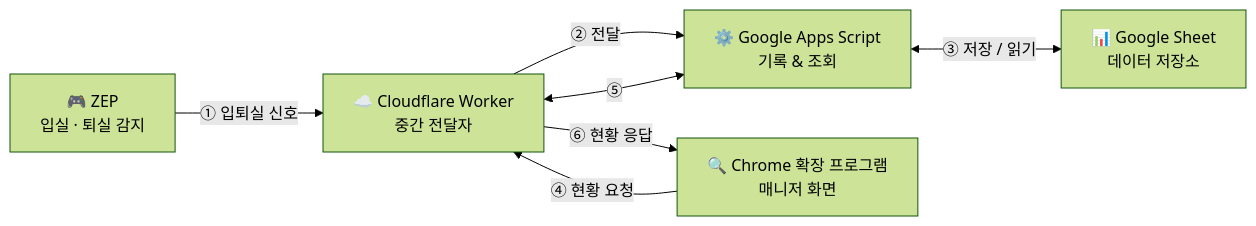
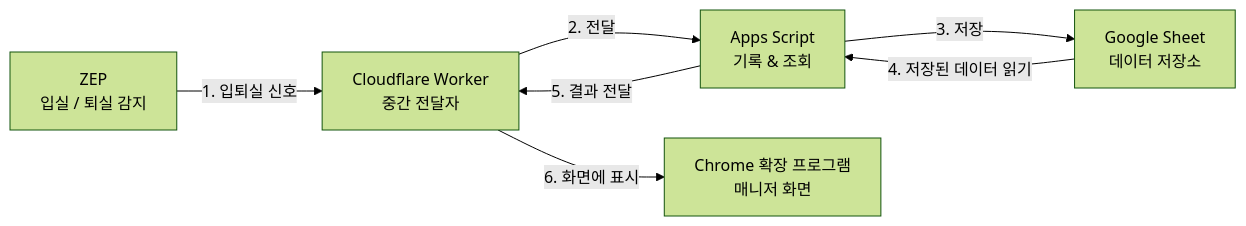
The diagram in README.md (Dongry-96/zep-tracking-extension), drawn with Mermaid (forest theme) before and after one commit. The commit also changed other lines of this file, not shown here.

````diff
--- a/README.md
+++ b/README.md
@@ -9,15 +26,15 @@
 ```mermaid
 flowchart LR
-    ZEP["🎮 ZEP\n입실 · 퇴실 감지"]
-    Worker["☁️ Cloudflare Worker\n중간 전달자"]
-    GAS["⚙️ Google Apps Script\n기록 & 조회"]
-    Sheet["📊 Google Sheet\n데이터 저장소"]
-    Ext["🔍 Chrome 확장 프로그램\n매니저 화면"]
+    ZEP["ZEP<br>입실 / 퇴실 감지"]
+    Worker["Cloudflare Worker<br>중간 전달자"]
+    GAS["Apps Script<br>기록 & 조회"]
+    Sheet["Google Sheet<br>데이터 저장소"]
+    Ext["Chrome 확장 프로그램<br>매니저 화면"]
 
-    ZEP -->|"① 입퇴실 신호"| Worker
-    Worker -->|"② 전달"| GAS
-    GAS <-->|"③ 저장 / 읽기"| Sheet
-    Ext -->|"④ 현황 요청"| Worker
-    Worker <-->|"⑤"| GAS
-    Worker -->|"⑥ 현황 응답"| Ext
+    ZEP -->|"1. 입퇴실 신호"| Worker
+    Worker -->|"2. 전달"| GAS
+    GAS -->|"3. 저장"| Sheet
+    Sheet -->|"4. 저장된 데이터 읽기"| GAS
+    GAS -->|"5. 결과 전달"| Worker
+    Worker -->|"6. 화면에 표시"| Ext
 ```
````
